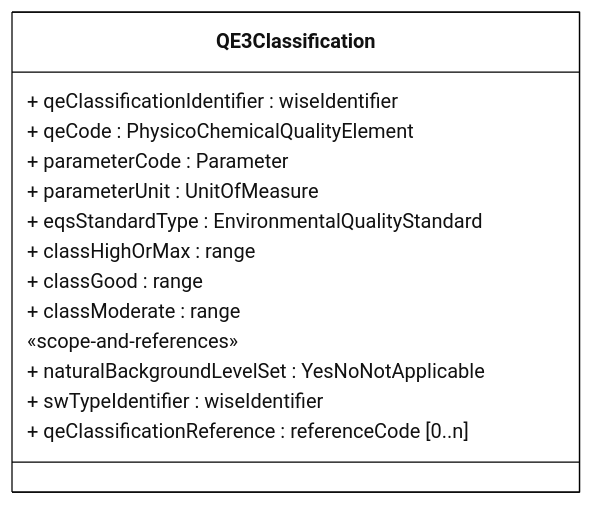
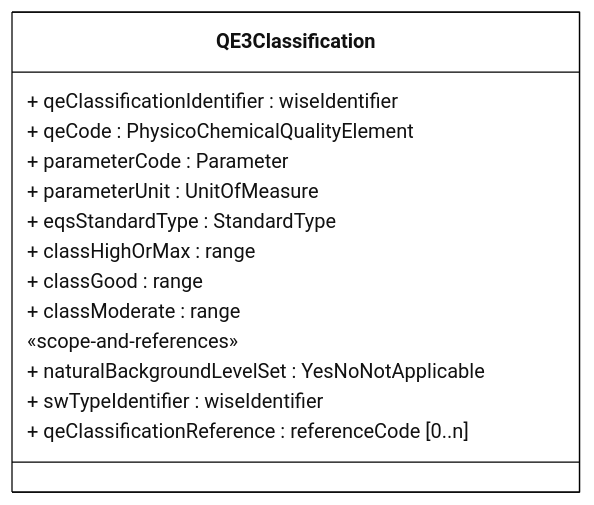
One commit to eeadata/WISE.WFD.Documentation changed the diagram in docs/DataModelReview/mmd/SurfaceWaterMethodologies_4thCycle_QE3Classification_ClassDiagram.mmd. Above: the diagram before and after it, drawn with Mermaid.

Commit message:
Change eqsStandardType to StandardType in class diagram

```diff
--- a/docs/DataModelReview/mmd/SurfaceWaterMethodologies_4thCycle_QE3Classification_ClassDiagram.mmd
+++ b/docs/DataModelReview/mmd/SurfaceWaterMethodologies_4thCycle_QE3Classification_ClassDiagram.mmd
@@ -1,30 +1,30 @@
 ---
 config:
   class:
     hideEmptyMembersBox: true
   layout: dagre
   theme: neutral
 ---
 classDiagram
 direction LR
 
 class QE3Classification{
 + qeClassificationIdentifier : wiseIdentifier
 + qeCode : PhysicoChemicalQualityElement
 + parameterCode : Parameter
 + parameterUnit : UnitOfMeasure
-+ eqsStandardType : EnvironmentalQualityStandard
++ eqsStandardType : StandardType
 + classHighOrMax : range
 + classGood : range
 + classModerate : range
 
 «scope-and-references»
 + naturalBackgroundLevelSet : YesNoNotApplicable
 + swTypeIdentifier : wiseIdentifier
 + qeClassificationReference : referenceCode [0..n]
 }
 
 
 classDef default fill:white,stroke:#000;
 classDef forFixing fill:white,stroke:#f00;
 classDef partial fill:lightyellow,stroke:#000;
```
